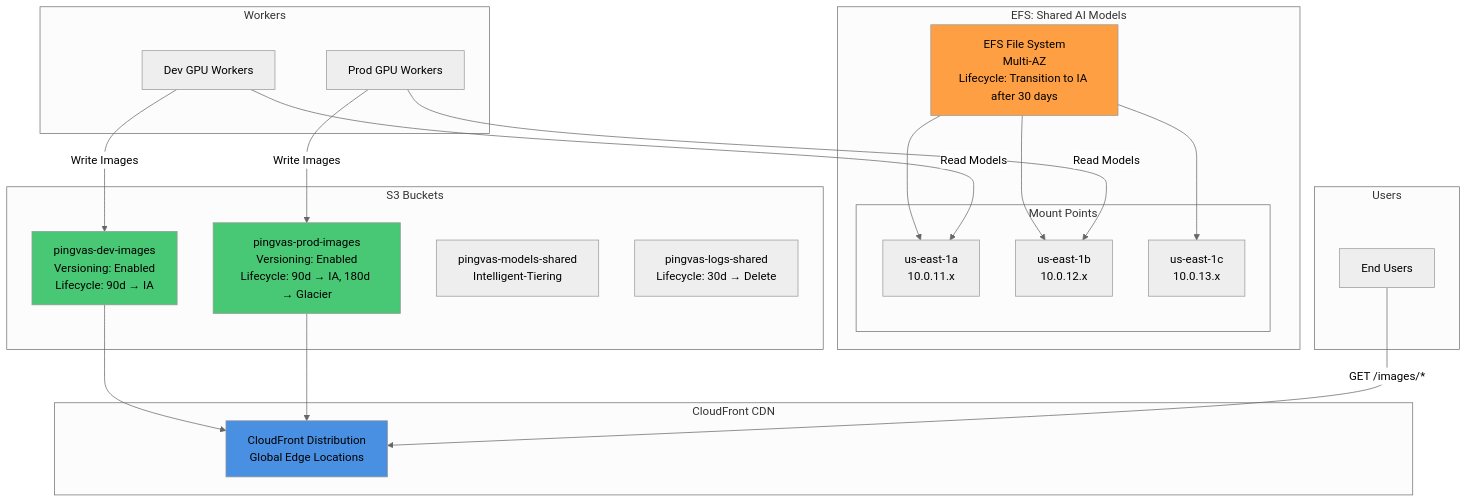
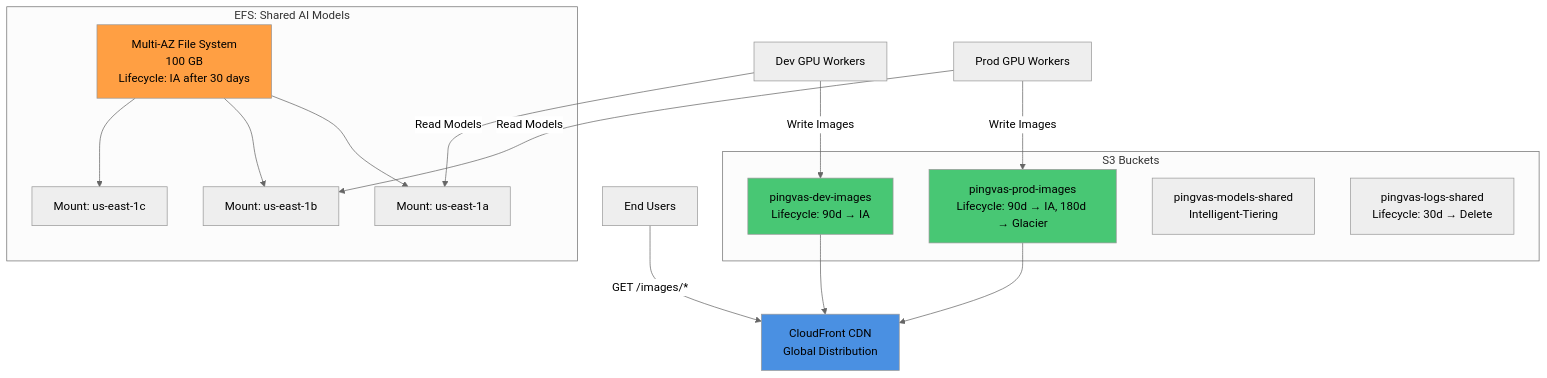
Before and after one commit to Pinksea-AI/InvokeAI: the ninth of 15 diagrams in docs/final-architecture/01-aws-architecture-diagram.md, drawn with Mermaid (neutral theme). The commit also changed other lines of this file, not shown here.

First line of the commit message:
fix: Simplify Mermaid diagrams in AWS architecture document

````diff
--- a/docs/final-architecture/01-aws-architecture-diagram.md
+++ b/docs/final-architecture/01-aws-architecture-diagram.md
@@ -512,55 +421,39 @@
 ```mermaid
 graph TB
-    subgraph "EFS: Shared AI Models"
-        EFS[EFS File System<br/>Multi-AZ<br/>Lifecycle: Transition to IA after 30 days]
+    subgraph EFS[EFS: Shared AI Models]
+        EFSVolume[Multi-AZ File System<br/>100 GB<br/>Lifecycle: IA after 30 days]
 
-        subgraph "Mount Points"
-            EFS1[us-east-1a<br/>10.0.11.x]
-            EFS2[us-east-1b<br/>10.0.12.x]
-            EFS3[us-east-1c<br/>10.0.13.x]
-        end
+        Mount1[Mount: us-east-1a]
+        Mount2[Mount: us-east-1b]
+        Mount3[Mount: us-east-1c]
 
-        EFS --> EFS1
-        EFS --> EFS2
-        EFS --> EFS3
+        EFSVolume --> Mount1
+        EFSVolume --> Mount2
+        EFSVolume --> Mount3
     end
 
-    subgraph "S3 Buckets"
-        S3Dev[pingvas-dev-images<br/>Versioning: Enabled<br/>Lifecycle: 90d → IA]
-
-        S3Prod[pingvas-prod-images<br/>Versioning: Enabled<br/>Lifecycle: 90d → IA, 180d → Glacier]
-
+    subgraph S3[S3 Buckets]
+        S3Dev[pingvas-dev-images<br/>Lifecycle: 90d → IA]
+        S3Prod[pingvas-prod-images<br/>Lifecycle: 90d → IA, 180d → Glacier]
         S3Models[pingvas-models-shared<br/>Intelligent-Tiering]
-
         S3Logs[pingvas-logs-shared<br/>Lifecycle: 30d → Delete]
     end
 
-    subgraph "Workers"
-        DevWorkers[Dev GPU Workers]
-        ProdWorkers[Prod GPU Workers]
-    end
-
-    DevWorkers -->|Read Models| EFS1
-    ProdWorkers -->|Read Models| EFS2
+    DevWorkers[Dev GPU Workers] -->|Read Models| Mount1
+    ProdWorkers[Prod GPU Workers] -->|Read Models| Mount2
 
     DevWorkers -->|Write Images| S3Dev
     ProdWorkers -->|Write Images| S3Prod
 
-    subgraph "CloudFront CDN"
-        CF[CloudFront Distribution<br/>Global Edge Locations]
-    end
+    CF[CloudFront CDN<br/>Global Distribution]
 
     S3Dev --> CF
     S3Prod --> CF
 
-    subgraph "Users"
-        EndUsers[End Users]
-    end
+    Users[End Users] -->|GET /images/*| CF
 
-    EndUsers -->|GET /images/*| CF
-
-    style EFS fill:#FF9F43
+    style EFSVolume fill:#FF9F43
     style S3Dev fill:#48C774
     style S3Prod fill:#48C774
     style CF fill:#4A90E2
 ```
````
